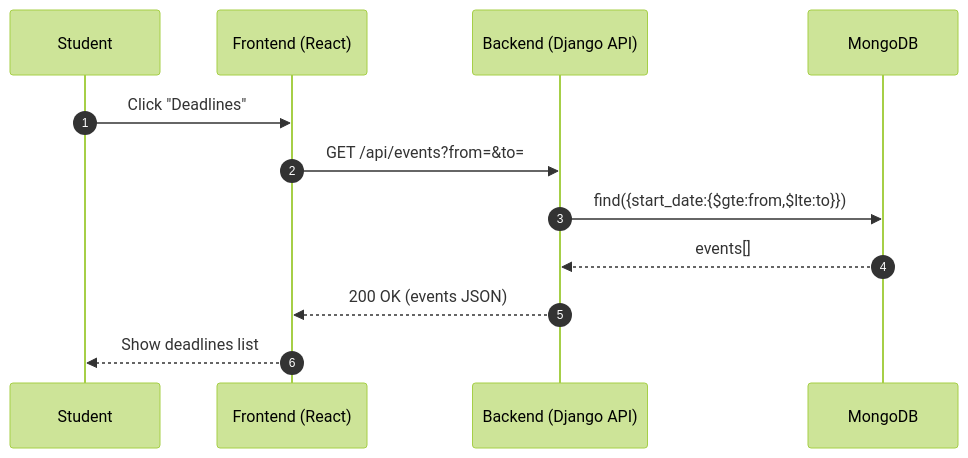
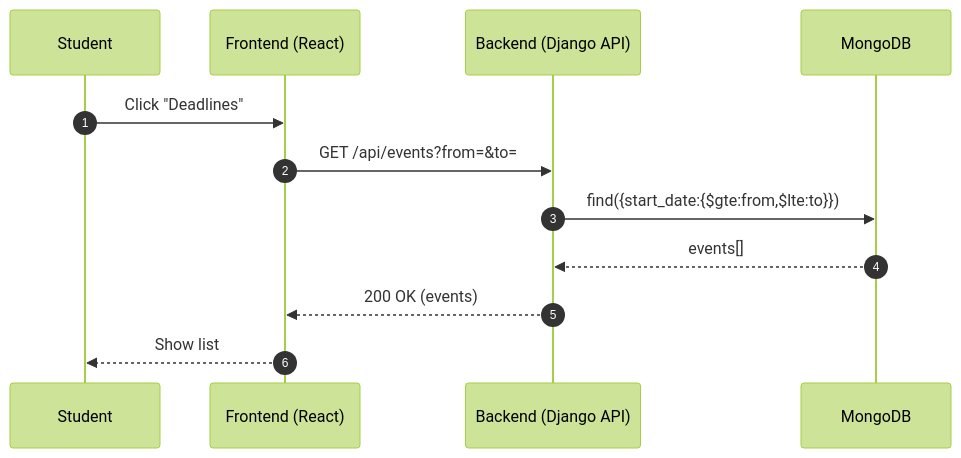
Before and after one commit to M0simi/portfolio: the fourth of 4 diagrams in Stage3.md, drawn with Mermaid (forest theme). The commit also changed other lines of this file, not shown here.

````diff
--- a/Stage3.md
+++ b/Stage3.md
@@ -165,15 +172,15 @@
 ```mermaid
 sequenceDiagram
   autonumber
   participant Student
   participant FE as Frontend (React)
   participant BE as Backend (Django API)
   participant DB as MongoDB
 
   Student->>FE: Click "Deadlines"
   FE->>BE: GET /api/events?from=&to=
   BE->>DB: find({start_date:{$gte:from,$lte:to}})
   DB-->>BE: events[]
-  BE-->>FE: 200 OK (events JSON)
-  FE-->>Student: Show deadlines list
+  BE-->>FE: 200 OK (events)
+  FE-->>Student: Show list
 ```
````
